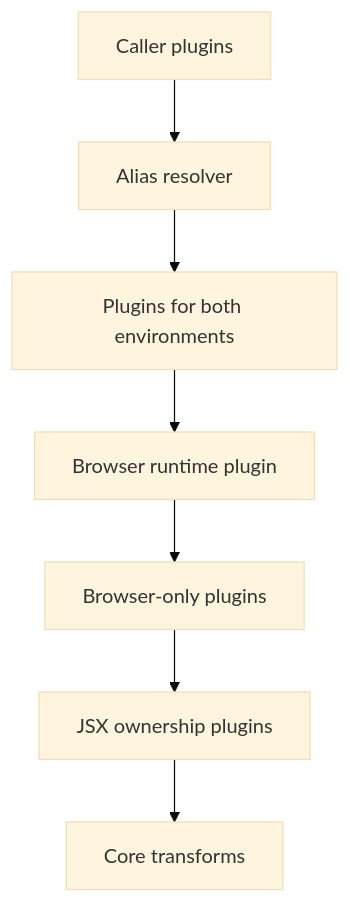
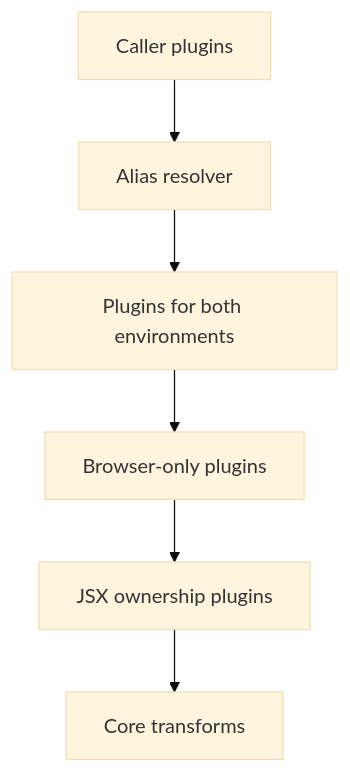
The second of 3 diagrams in apps/docs/src/content/dev/plugin-pipeline.mdx (ecopages/ecopages), drawn with Mermaid (base theme) before and after one commit. The commit also changed other lines of this file and 139 other files, not shown here.

First line of the commit message:
refactor(react): build React, the router and layout-compose as browser graph modules

````diff
--- a/apps/docs/src/content/dev/plugin-pipeline.mdx
+++ b/apps/docs/src/content/dev/plugin-pipeline.mdx
@@ -106,9 +106,8 @@
 ```mermaid
 flowchart TD
   C[Caller plugins] --> A[Alias resolver]
   A --> SB[Plugins for both environments]
-  SB --> BR[Browser runtime plugin]
-  BR --> BO[Browser-only plugins]
+  SB --> BO[Browser-only plugins]
   BO --> J[JSX ownership plugins]
   J --> T[Core transforms]
 ```
````
